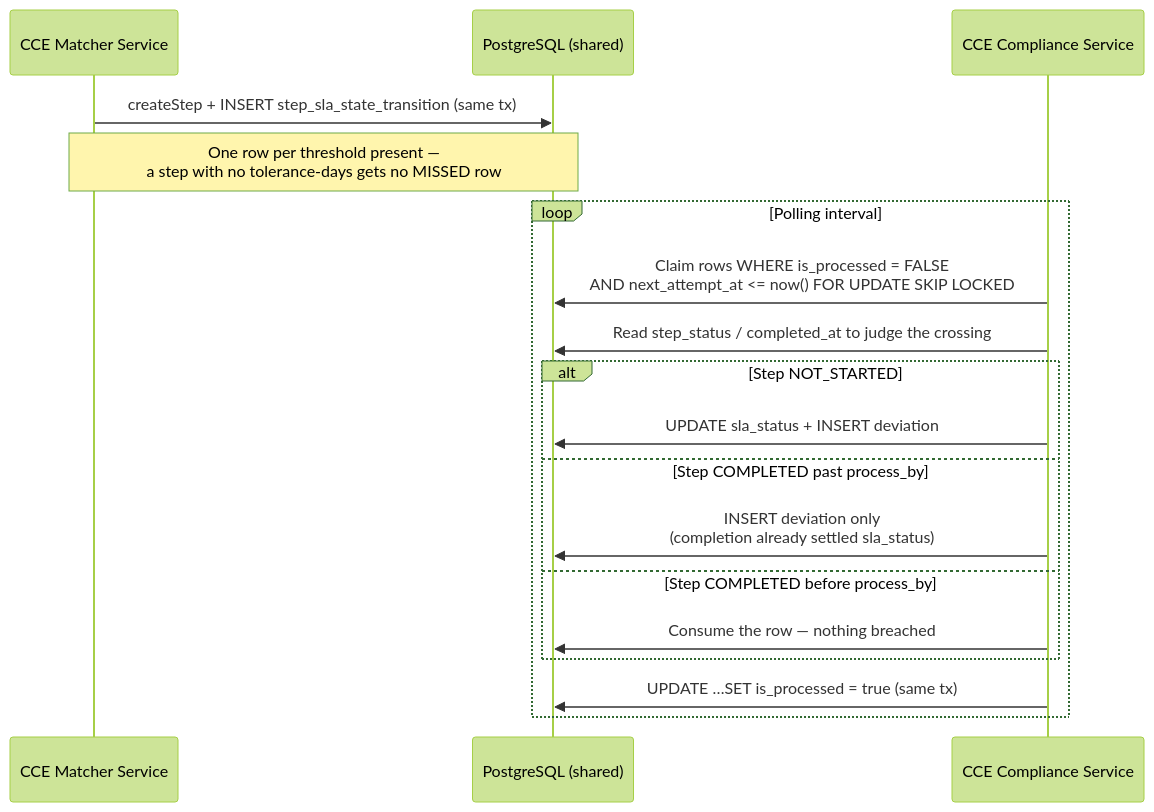
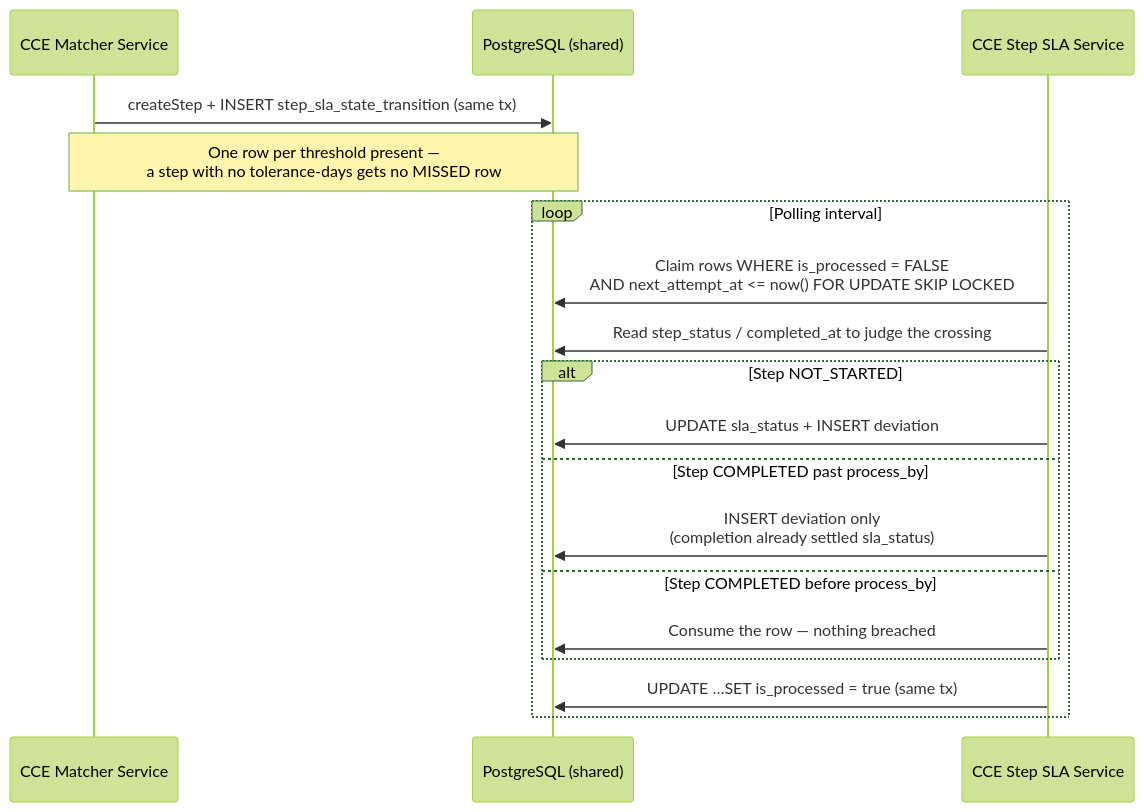
The third of 11 diagrams in docs/flow-diagrams.md (Jayaprakash8887/cce-matcher-service), drawn with Mermaid (forest theme) before and after one commit. The commit also changed other lines of this file and 9 other files, not shown here.

First line of the commit message:
Point at cce-step-sla-service for the time plane

````diff
--- a/docs/flow-diagrams.md
+++ b/docs/flow-diagrams.md
@@ -207,22 +207,22 @@
 ```mermaid
 sequenceDiagram
     participant Matcher as CCE Matcher Service
     participant DB as PostgreSQL (shared)
-    participant Eval as CCE Compliance Service
+    participant Eval as CCE Step SLA Service
 
     Matcher->>DB: createStep + INSERT step_sla_state_transition (same tx)
     Note over Matcher,DB: One row per threshold present —<br/>a step with no tolerance-days gets no MISSED row
 
     loop Polling interval
         Eval->>DB: Claim rows WHERE is_processed = FALSE<br/>AND next_attempt_at <= now() FOR UPDATE SKIP LOCKED
         Eval->>DB: Read step_status / completed_at to judge the crossing
         alt Step NOT_STARTED
             Eval->>DB: UPDATE sla_status + INSERT deviation
         else Step COMPLETED past process_by
             Eval->>DB: INSERT deviation only<br/>(completion already settled sla_status)
         else Step COMPLETED before process_by
             Eval->>DB: Consume the row — nothing breached
         end
         Eval->>DB: UPDATE …SET is_processed = true (same tx)
     end
 ```
````
